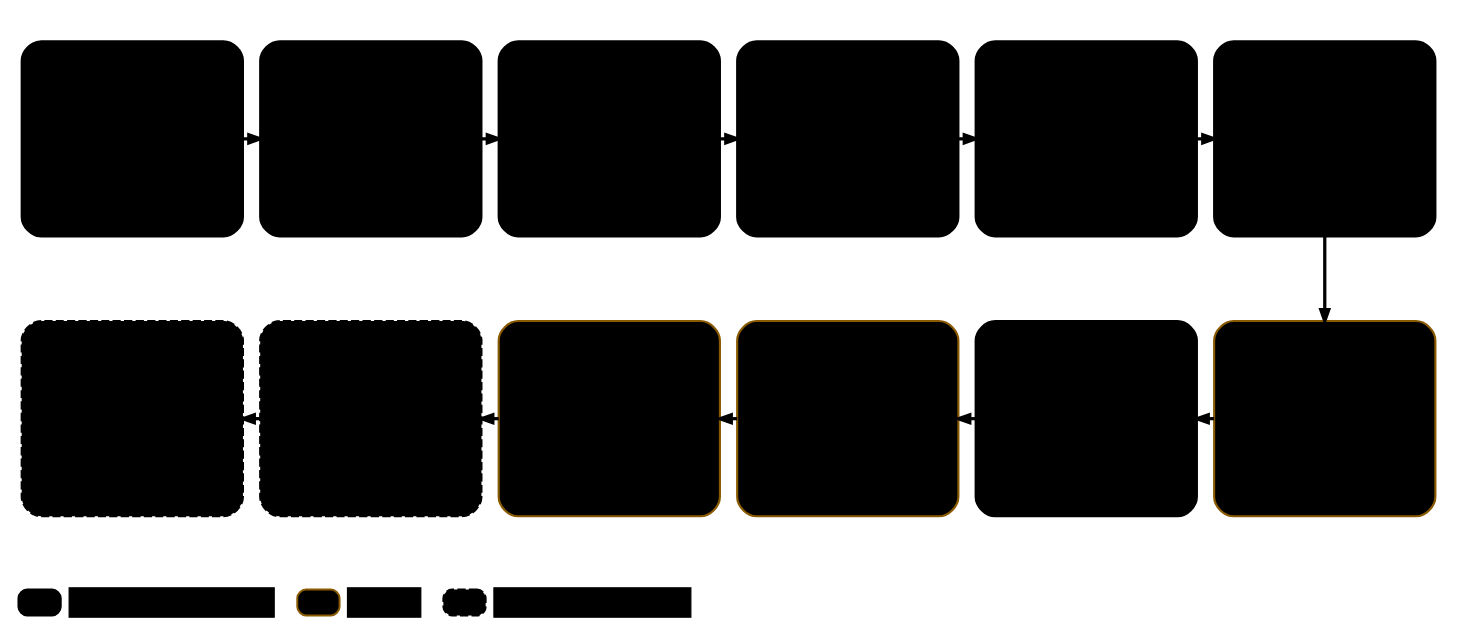
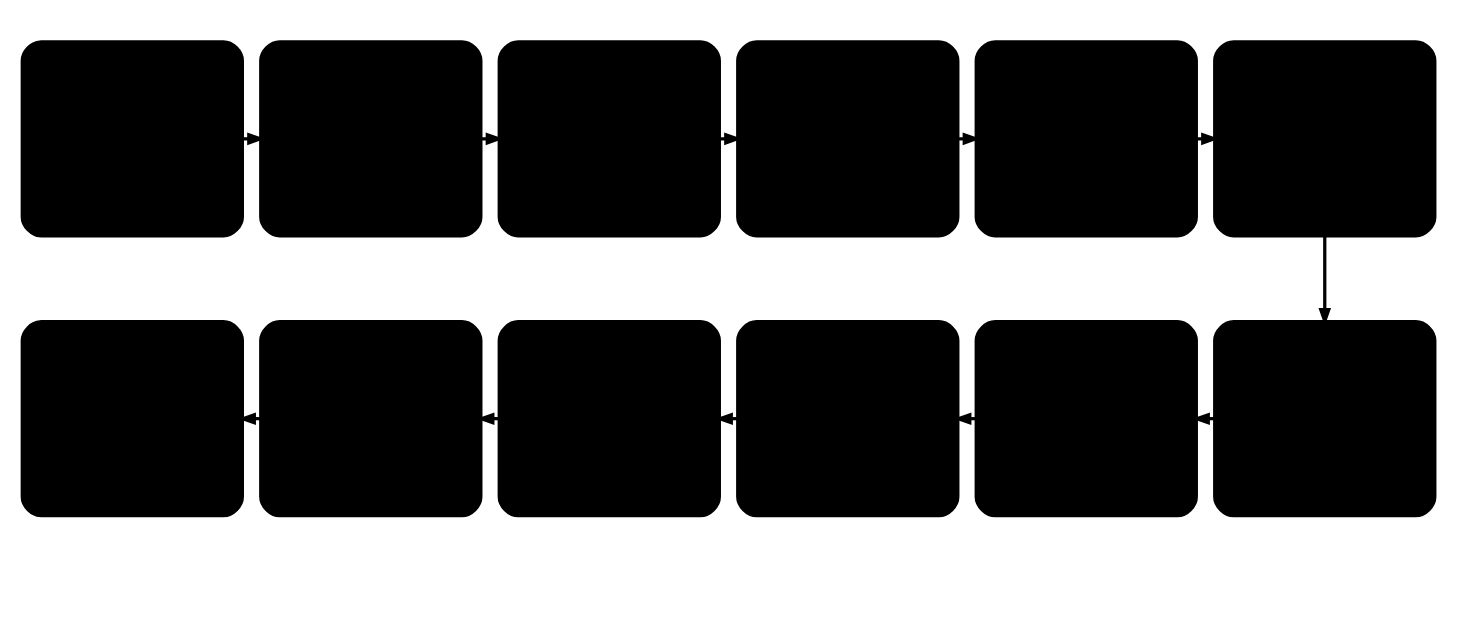
The diagram in docs/deliverables/src/decks/figures/holistic_value_chain.dot (IortaTexhNXT-DEV/FinVerse), drawn with Graphviz before and after one commit. The commit also changed 43 other files, not shown here.

Commit message:
Business process deck: FRS status and sign-off roadmap instead of build status; rebuilt deck and figures

```diff
--- a/docs/deliverables/src/decks/figures/holistic_value_chain.dot
+++ b/docs/deliverables/src/decks/figures/holistic_value_chain.dot
@@ -1,39 +1,33 @@
-// From client to claims: the stage, the BDOI owner and the BIBS module (status in brackets)
+// From client to claims: the stage, the BDOI owner and the BIBS module
 // Generated by docs/deliverables/src/decks/build_process_deck.py from the YAML in
 // process_deck/; edit the YAML and rebuild. Colour tokens are replaced at render time.
 digraph holistic_value_chain {
   graph [layout=neato, inputscale=72, splines=line, overlap=true, outputorder=nodesfirst, bgcolor="white", pad=0.05, fontname="Arial"];
   node [fontname="Arial"];
   edge [fontname="Arial"];
   c0 [pos="0,0!", shape=point, width=0.01, style=invis];
   c1 [pos="873.0,372.0!", shape=point, width=0.01, style=invis];
-  v0 [pos="70.0,298.0!", shape=box, style="rounded,filled", fillcolor="@SUCCESS_BG", color="@SUCCESS", penwidth=1.3, width=1.889, height=1.667, fixedsize=true, margin="0.03,0.02", label=<<font point-size="13" color="@NEAR_BLACK"><b>1 Client</b></font><br/><font point-size="12" color="@MUTED">Marketing AO<br/>BIBS: Clients,<br/>Screening<br/>(Built / designed)</font>>];
-  v1 [pos="216.6,298.0!", shape=box, style="rounded,filled", fillcolor="@SUCCESS_BG", color="@SUCCESS", penwidth=1.3, width=1.889, height=1.667, fixedsize=true, margin="0.03,0.02", label=<<font point-size="13" color="@NEAR_BLACK"><b>2 Quotation</b></font><br/><font point-size="12" color="@MUTED">Marketing, TSU<br/>BIBS: Quotations,<br/>PRF, Products<br/>(Built)</font>>];
-  v2 [pos="363.2,298.0!", shape=box, style="rounded,filled", fillcolor="@SUCCESS_BG", color="@SUCCESS", penwidth=1.3, width=1.889, height=1.667, fixedsize=true, margin="0.03,0.02", label=<<font point-size="13" color="@NEAR_BLACK"><b>3 Placement</b></font><br/><font point-size="12" color="@MUTED">Processing<br/>BIBS: Placement<br/>(Built)</font>>];
-  v3 [pos="509.8,298.0!", shape=box, style="rounded,filled", fillcolor="@SUCCESS_BG", color="@SUCCESS", penwidth=1.3, width=1.889, height=1.667, fixedsize=true, margin="0.03,0.02", label=<<font point-size="13" color="@NEAR_BLACK"><b>4 Issuance</b></font><br/><font point-size="12" color="@MUTED">Processing, E-policy<br/>Sender<br/>BIBS: Issuance<br/>(Built)</font>>];
-  v4 [pos="656.4,298.0!", shape=box, style="rounded,filled", fillcolor="@SUCCESS_BG", color="@SUCCESS", penwidth=1.3, width=1.889, height=1.667, fixedsize=true, margin="0.03,0.02", label=<<font point-size="13" color="@NEAR_BLACK"><b>5 Booking</b></font><br/><font point-size="12" color="@MUTED">Processing,<br/>Comptrollership<br/>BIBS: Booking<br/>(Built)</font>>];
-  v5 [pos="803.0,298.0!", shape=box, style="rounded,filled", fillcolor="@SUCCESS_BG", color="@SUCCESS", penwidth=1.3, width=1.889, height=1.667, fixedsize=true, margin="0.03,0.02", label=<<font point-size="13" color="@NEAR_BLACK"><b>6 Cash</b></font><br/><font point-size="12" color="@MUTED">Cashiering<br/>BIBS: Cashiering<br/>(Built)</font>>];
-  v6 [pos="803.0,126.0!", shape=box, style="rounded,filled", fillcolor="@AMBER_BG", color="#8A5A00", penwidth=1.3, width=1.889, height=1.667, fixedsize=true, margin="0.03,0.02", label=<<font point-size="13" color="@NEAR_BLACK"><b>7 Remittance</b></font><br/><font point-size="12" color="@MUTED">Remittance,<br/>Disbursement<br/>BIBS: Remittance,<br/>Disbursement<br/>(Built / in build)</font>>];
-  v7 [pos="656.4,126.0!", shape=box, style="rounded,filled", fillcolor="@SUCCESS_BG", color="@SUCCESS", penwidth=1.3, width=1.889, height=1.667, fixedsize=true, margin="0.03,0.02", label=<<font point-size="13" color="@NEAR_BLACK"><b>8 Commission</b></font><br/><font point-size="12" color="@MUTED">Commission Receivable<br/>BIBS: Commission<br/>(Built)</font>>];
-  v8 [pos="509.8,126.0!", shape=box, style="rounded,filled", fillcolor="@AMBER_BG", color="#8A5A00", penwidth=1.3, width=1.889, height=1.667, fixedsize=true, margin="0.03,0.02", label=<<font point-size="13" color="@NEAR_BLACK"><b>9 Accounting</b></font><br/><font point-size="12" color="@MUTED">Comptrollership<br/>(FRBS, ACSL)<br/>BIBS: GL, ACSL, FRBS<br/>(In build)</font>>];
-  v9 [pos="363.2,126.0!", shape=box, style="rounded,filled", fillcolor="@AMBER_BG", color="#8A5A00", penwidth=1.3, width=1.889, height=1.667, fixedsize=true, margin="0.03,0.02", label=<<font point-size="13" color="@NEAR_BLACK"><b>10 Collections</b></font><br/><font point-size="12" color="@MUTED">Collection Handlers<br/>BIBS: Collections<br/>(In build)</font>>];
-  v10 [pos="216.6,126.0!", shape=box, style="rounded,filled,dashed", fillcolor="@BG_BLUE", color="@HEADER_BLUE", penwidth=1.3, width=1.889, height=1.667, fixedsize=true, margin="0.03,0.02", label=<<font point-size="13" color="@NEAR_BLACK"><b>11 Renewal</b></font><br/><font point-size="12" color="@MUTED">Marketing, Processing<br/>BIBS: Renewal,<br/>Submitted Policies<br/>(Designed)</font>>];
-  v11 [pos="70.0,126.0!", shape=box, style="rounded,filled,dashed", fillcolor="@BG_BLUE", color="@HEADER_BLUE", penwidth=1.3, width=1.889, height=1.667, fixedsize=true, margin="0.03,0.02", label=<<font point-size="13" color="@NEAR_BLACK"><b>12 Claims</b></font><br/><font point-size="12" color="@MUTED">Claims unit<br/>BIBS: Claims Handling<br/>(Designed)</font>>];
-  r1 [pos="13.0,13.0!", shape=box, style="rounded,filled", fillcolor="@SUCCESS_BG", color="@SUCCESS", penwidth=1.2, width=0.361, height=0.222, fixedsize=true, margin="0.03,0.02", label=""];
-  r2 [pos="94.2,13.0!", shape=box, style="filled", fillcolor="@WHITE", color="@WHITE", penwidth=0.8, width=1.756, height=0.250, fixedsize=true, margin="0.03,0.02", label=<<font point-size="10.5" color="@TEXT">Built (at least in part)</font>>];
-  r3 [pos="184.4,13.0!", shape=box, style="rounded,filled", fillcolor="@AMBER_BG", color="#8A5A00", penwidth=1.2, width=0.361, height=0.222, fixedsize=true, margin="0.03,0.02", label=""];
-  r4 [pos="224.8,13.0!", shape=box, style="filled", fillcolor="@WHITE", color="@WHITE", penwidth=0.8, width=0.622, height=0.250, fixedsize=true, margin="0.03,0.02", label=<<font point-size="10.5" color="@TEXT">In build</font>>];
-  r5 [pos="274.2,13.0!", shape=box, style="rounded,filled,dashed", fillcolor="@BG_BLUE", color="@HEADER_BLUE", penwidth=1.2, width=0.361, height=0.222, fixedsize=true, margin="0.03,0.02", label=""];
-  r6 [pos="352.8,13.0!", shape=box, style="filled", fillcolor="@WHITE", color="@WHITE", penwidth=0.8, width=1.685, height=0.250, fixedsize=true, margin="0.03,0.02", label=<<font point-size="10.5" color="@TEXT">Designed, not yet built</font>>];
+  v0 [pos="70.0,298.0!", shape=box, style="rounded,filled", fillcolor="@SUCCESS_BG", color="@SUCCESS", penwidth=1.3, width=1.889, height=1.667, fixedsize=true, margin="0.03,0.02", label=<<font point-size="13" color="@NEAR_BLACK"><b>1 Client</b></font><br/><font point-size="12" color="@MUTED">Marketing AO<br/>BIBS: Clients,<br/>Screening</font>>];
+  v1 [pos="216.6,298.0!", shape=box, style="rounded,filled", fillcolor="@SUCCESS_BG", color="@SUCCESS", penwidth=1.3, width=1.889, height=1.667, fixedsize=true, margin="0.03,0.02", label=<<font point-size="13" color="@NEAR_BLACK"><b>2 Quotation</b></font><br/><font point-size="12" color="@MUTED">Marketing, TSU<br/>BIBS: Quotations,<br/>PRF, Products</font>>];
+  v2 [pos="363.2,298.0!", shape=box, style="rounded,filled", fillcolor="@SUCCESS_BG", color="@SUCCESS", penwidth=1.3, width=1.889, height=1.667, fixedsize=true, margin="0.03,0.02", label=<<font point-size="13" color="@NEAR_BLACK"><b>3 Placement</b></font><br/><font point-size="12" color="@MUTED">Processing<br/>BIBS: Placement</font>>];
+  v3 [pos="509.8,298.0!", shape=box, style="rounded,filled", fillcolor="@SUCCESS_BG", color="@SUCCESS", penwidth=1.3, width=1.889, height=1.667, fixedsize=true, margin="0.03,0.02", label=<<font point-size="13" color="@NEAR_BLACK"><b>4 Issuance</b></font><br/><font point-size="12" color="@MUTED">Processing, E-policy<br/>Sender<br/>BIBS: Issuance</font>>];
+  v4 [pos="656.4,298.0!", shape=box, style="rounded,filled", fillcolor="@SUCCESS_BG", color="@SUCCESS", penwidth=1.3, width=1.889, height=1.667, fixedsize=true, margin="0.03,0.02", label=<<font point-size="13" color="@NEAR_BLACK"><b>5 Booking</b></font><br/><font point-size="12" color="@MUTED">Processing,<br/>Comptrollership<br/>BIBS: Booking</font>>];
+  v5 [pos="803.0,298.0!", shape=box, style="rounded,filled", fillcolor="@SUCCESS_BG", color="@SUCCESS", penwidth=1.3, width=1.889, height=1.667, fixedsize=true, margin="0.03,0.02", label=<<font point-size="13" color="@NEAR_BLACK"><b>6 Cash</b></font><br/><font point-size="12" color="@MUTED">Cashiering<br/>BIBS: Cashiering</font>>];
+  v6 [pos="803.0,126.0!", shape=box, style="rounded,filled", fillcolor="@SUCCESS_BG", color="@SUCCESS", penwidth=1.3, width=1.889, height=1.667, fixedsize=true, margin="0.03,0.02", label=<<font point-size="13" color="@NEAR_BLACK"><b>7 Remittance</b></font><br/><font point-size="12" color="@MUTED">Remittance,<br/>Disbursement<br/>BIBS: Remittance,<br/>Disbursement</font>>];
+  v7 [pos="656.4,126.0!", shape=box, style="rounded,filled", fillcolor="@SUCCESS_BG", color="@SUCCESS", penwidth=1.3, width=1.889, height=1.667, fixedsize=true, margin="0.03,0.02", label=<<font point-size="13" color="@NEAR_BLACK"><b>8 Commission</b></font><br/><font point-size="12" color="@MUTED">Commission Receivable<br/>BIBS: Commission</font>>];
+  v8 [pos="509.8,126.0!", shape=box, style="rounded,filled", fillcolor="@SUCCESS_BG", color="@SUCCESS", penwidth=1.3, width=1.889, height=1.667, fixedsize=true, margin="0.03,0.02", label=<<font point-size="13" color="@NEAR_BLACK"><b>9 Accounting</b></font><br/><font point-size="12" color="@MUTED">Comptrollership<br/>(FRBS, ACSL)<br/>BIBS: GL, ACSL, FRBS</font>>];
+  v9 [pos="363.2,126.0!", shape=box, style="rounded,filled", fillcolor="@SUCCESS_BG", color="@SUCCESS", penwidth=1.3, width=1.889, height=1.667, fixedsize=true, margin="0.03,0.02", label=<<font point-size="13" color="@NEAR_BLACK"><b>10 Collections</b></font><br/><font point-size="12" color="@MUTED">Collection Handlers<br/>BIBS: Collections</font>>];
+  v10 [pos="216.6,126.0!", shape=box, style="rounded,filled", fillcolor="@SUCCESS_BG", color="@SUCCESS", penwidth=1.3, width=1.889, height=1.667, fixedsize=true, margin="0.03,0.02", label=<<font point-size="13" color="@NEAR_BLACK"><b>11 Renewal</b></font><br/><font point-size="12" color="@MUTED">Marketing, Processing<br/>BIBS: Renewal,<br/>Submitted Policies</font>>];
+  v11 [pos="70.0,126.0!", shape=box, style="rounded,filled", fillcolor="@SUCCESS_BG", color="@SUCCESS", penwidth=1.3, width=1.889, height=1.667, fixedsize=true, margin="0.03,0.02", label=<<font point-size="13" color="@NEAR_BLACK"><b>12 Claims</b></font><br/><font point-size="12" color="@MUTED">Claims unit<br/>BIBS: Claims Handling</font>>];
   v0 -> v1 [color="@HEADER_BLUE", style=solid, penwidth=2.0, arrowsize=0.7, tailport=e, headport=w];
   v1 -> v2 [color="@HEADER_BLUE", style=solid, penwidth=2.0, arrowsize=0.7, tailport=e, headport=w];
   v2 -> v3 [color="@HEADER_BLUE", style=solid, penwidth=2.0, arrowsize=0.7, tailport=e, headport=w];
   v3 -> v4 [color="@HEADER_BLUE", style=solid, penwidth=2.0, arrowsize=0.7, tailport=e, headport=w];
   v4 -> v5 [color="@HEADER_BLUE", style=solid, penwidth=2.0, arrowsize=0.7, tailport=e, headport=w];
   v5 -> v6 [color="@HEADER_BLUE", style=solid, penwidth=2.0, arrowsize=0.7, tailport=s, headport=n];
   v6 -> v7 [color="@HEADER_BLUE", style=solid, penwidth=2.0, arrowsize=0.7, tailport=w, headport=e];
   v7 -> v8 [color="@HEADER_BLUE", style=solid, penwidth=2.0, arrowsize=0.7, tailport=w, headport=e];
   v8 -> v9 [color="@HEADER_BLUE", style=solid, penwidth=2.0, arrowsize=0.7, tailport=w, headport=e];
   v9 -> v10 [color="@HEADER_BLUE", style=solid, penwidth=2.0, arrowsize=0.7, tailport=w, headport=e];
   v10 -> v11 [color="@HEADER_BLUE", style=solid, penwidth=2.0, arrowsize=0.7, tailport=w, headport=e];
 }
```
